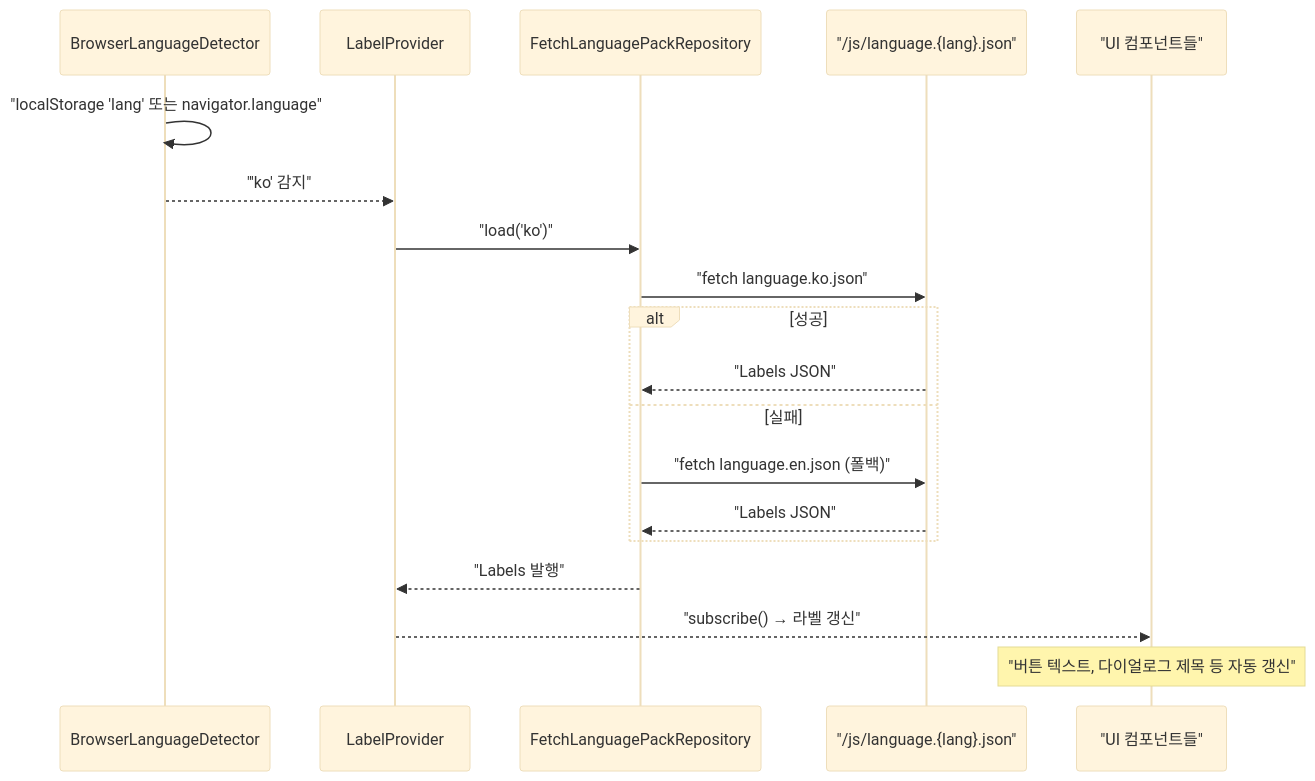
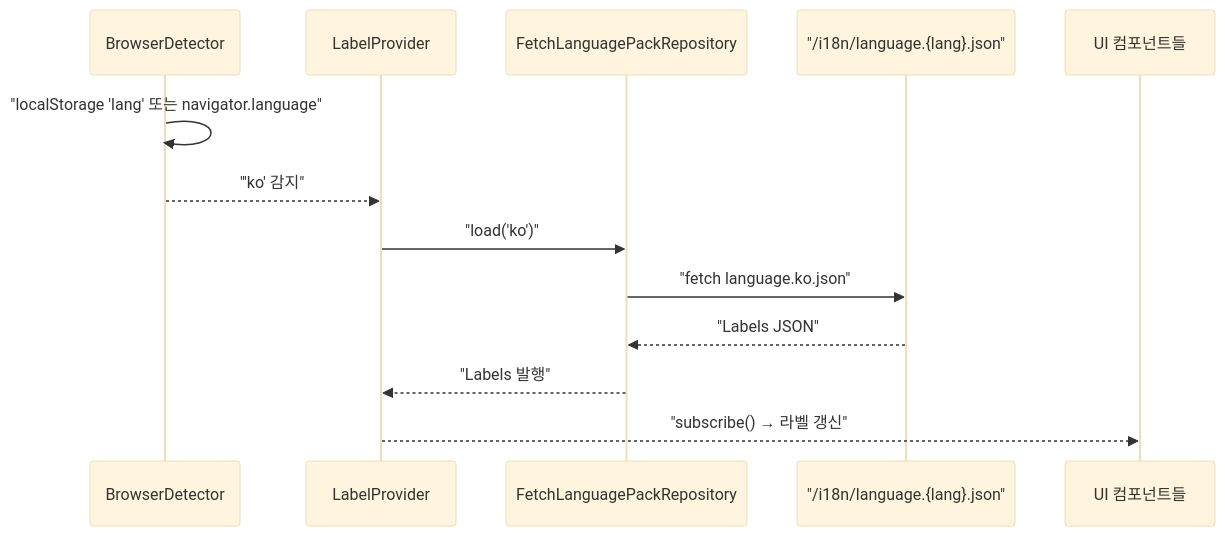
One commit to sayaya1090/handbook changed the fifth of 6 diagrams in shell-ui/USECASE.md. Above: the diagram before and after it, drawn with Mermaid (base theme). The commit also changed other lines of this file and 10 other files, not shown here.

````diff
--- a/shell-ui/USECASE.md
+++ b/shell-ui/USECASE.md
@@ -121,22 +100,16 @@
 ```mermaid
 sequenceDiagram
-    participant BD as BrowserLanguageDetector
+    participant BD as BrowserDetector
     participant LP as LabelProvider
     participant FR as FetchLanguagePackRepository
-    participant Server as "/js/language.{lang}.json"
-    participant UI as "UI 컴포넌트들"
+    participant Server as "/i18n/language.{lang}.json"
+    participant UI as UI 컴포넌트들
 
     BD->>BD: "localStorage 'lang' 또는 navigator.language"
     BD-->>LP: "'ko' 감지"
     LP->>FR: "load('ko')"
     FR->>Server: "fetch language.ko.json"
-    alt 성공
-        Server-->>FR: "Labels JSON"
-    else 실패
-        FR->>Server: "fetch language.en.json (폴백)"
-        Server-->>FR: "Labels JSON"
-    end
+    Server-->>FR: "Labels JSON"
     FR-->>LP: "Labels 발행"
     LP-->>UI: "subscribe() → 라벨 갱신"
-    Note over UI: "버튼 텍스트, 다이얼로그 제목 등 자동 갱신"
 ```
````
